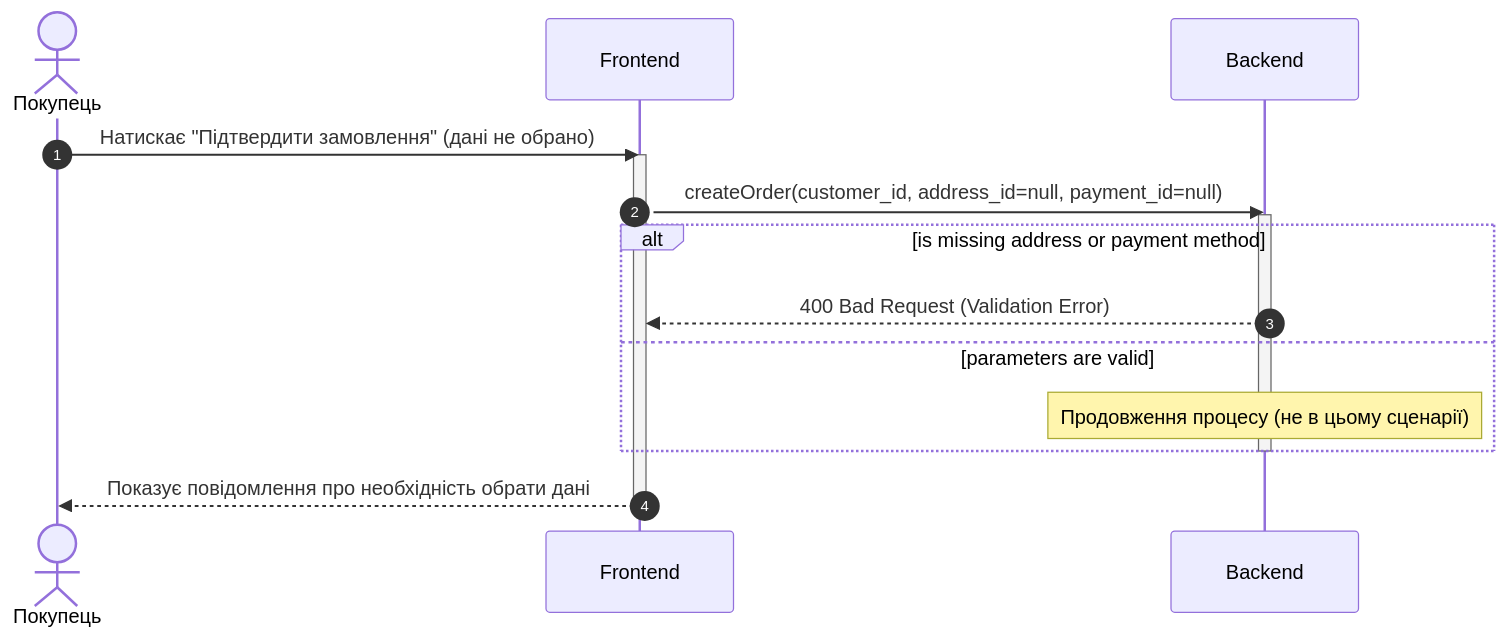
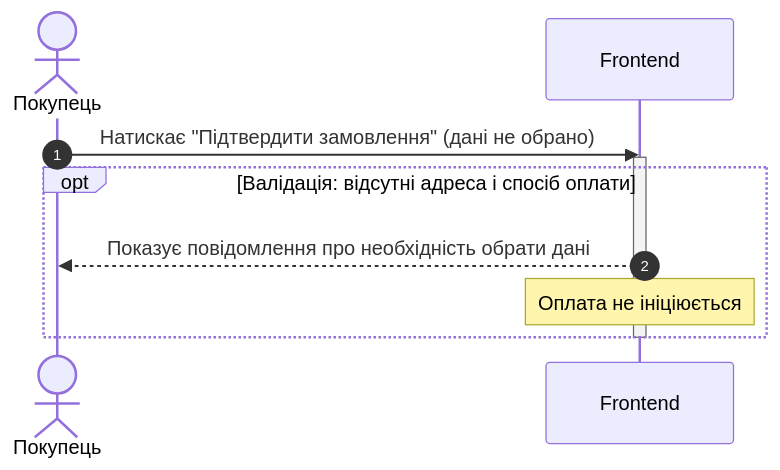
Before and after one commit to Haina-me/mavpz: the diagram in docs/sequence_diagram_КП2.mmd, drawn with Mermaid. The commit also changed other lines of this file, not shown here.

Commit message:
updated КП2: frontend validation instead of a server request

```diff
--- a/docs/sequence_diagram_КП2.mmd
+++ b/docs/sequence_diagram_КП2.mmd
@@ -1,25 +1,16 @@
 %%Підтвердження без адреси та способу оплати KП2
 
 sequenceDiagram
     autonumber
     actor User as Покупець
     participant Frontend
-    participant Backend
 
     User ->> Frontend: Натискає "Підтвердити замовлення" (дані не обрано)
     activate Frontend
     
-    Frontend ->> Backend: createOrder(customer_id, address_id=null, payment_id=null)
-    activate Backend
-    
-    alt is missing address or payment method
-        Backend -->> Frontend: 400 Bad Request (Validation Error)
-    else parameters are valid
-        Note over Backend: Продовження процесу (не в цьому сценарії)
+    opt Валідація: відсутні адреса і спосіб оплати
+        Frontend -->> User: Показує повідомлення про необхідність обрати дані
+        Note over Frontend: Оплата не ініціюється
     end
     
-    deactivate Backend
-
-    Frontend -->> User: Показує повідомлення про необхідність обрати дані
-    
     deactivate Frontend
```
